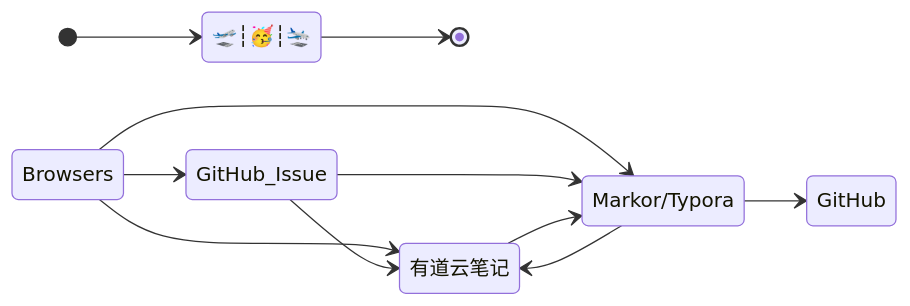
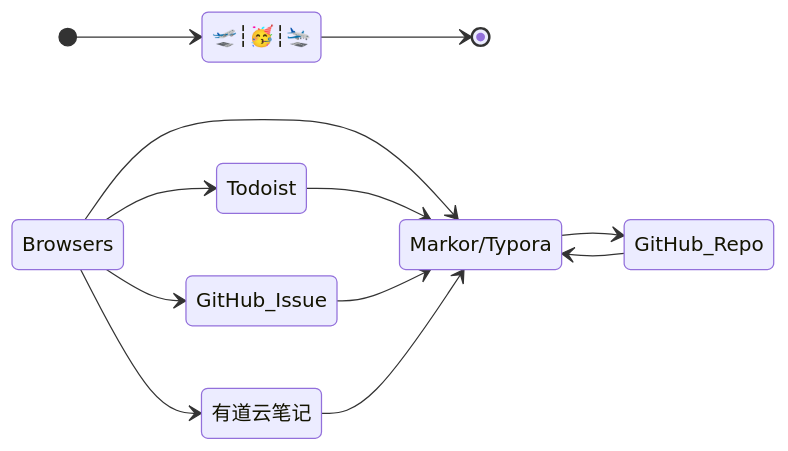
One commit to vc-awesome/docs-learning changed the diagram in content/home/getting-started.md. Above: the diagram before and after it, drawn with Mermaid. The commit also changed other lines of this file and 92 other files, not shown here.

````diff
--- a/content/home/getting-started.md
+++ b/content/home/getting-started.md
@@ -11,18 +11,19 @@
 ```mermaid
 stateDiagram
     direction LR
-    
+
     [*] --> 🛫┆🥳┆🛬
     🛫┆🥳┆🛬 --> [*]    
-    
+
     Browsers --> 有道云笔记
     Browsers --> GitHub_Issue
     Browsers --> Markor/Typora
-    
+    Browsers --> Todoist
+
+    Todoist --> Markor/Typora
     GitHub_Issue --> Markor/Typora
-    GitHub_Issue --> 有道云笔记
+    有道云笔记 --> Markor/Typora
 
-    有道云笔记 --> Markor/Typora
-    Markor/Typora --> 有道云笔记
-    Markor/Typora --> GitHub
+    Markor/Typora --> GitHub_Repo
+    GitHub_Repo --> Markor/Typora
 ```
````
